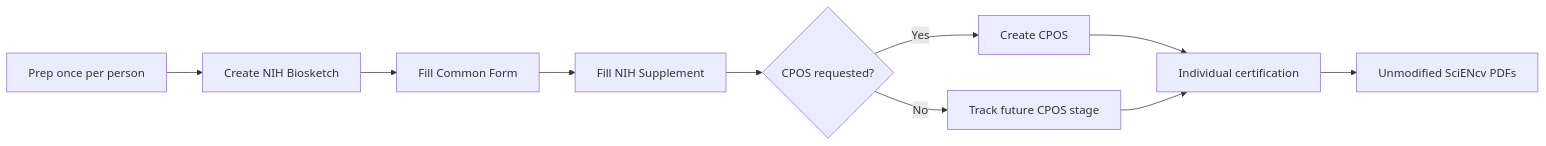
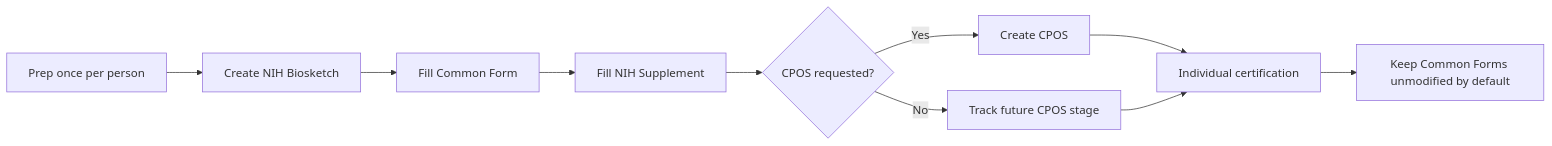
One commit to FritscheLab/nih-sciencv-playbook changed the diagram in docs/complete-walkthrough.md. Above: the diagram before and after it, drawn with Mermaid. The commit also changed other lines of this file and 48 other files, not shown here.

First line of the commit message:
Refactor documentation and templates for NIH Common Forms compliance

````diff
--- a/docs/complete-walkthrough.md
+++ b/docs/complete-walkthrough.md
@@ -10,14 +10,14 @@
 ```mermaid
 flowchart LR
     accTitle: End-to-end Common Forms walkthrough
     accDescr: The complete workflow starts with one-time preparation, creates the biosketch, creates CPOS when requested, and ends with individual certification.
     A["Prep once per person"] --> B["Create NIH Biosketch"]
     B --> C["Fill Common Form"]
     C --> D["Fill NIH Supplement"]
     D --> E{"CPOS requested?"}
     E -- "Yes" --> F["Create CPOS"]
     E -- "No" --> G["Track future CPOS stage"]
     F --> H["Individual certification"]
     G --> H
-    H --> I["Unmodified SciENcv PDFs"]
+    H --> I["Keep Common Forms unmodified by default"]
 ```
````
